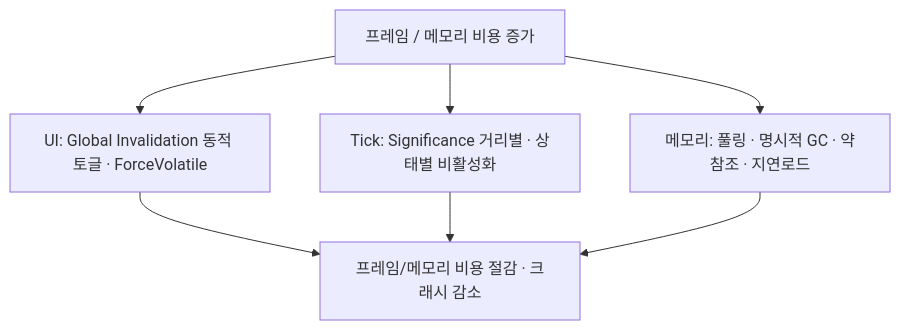
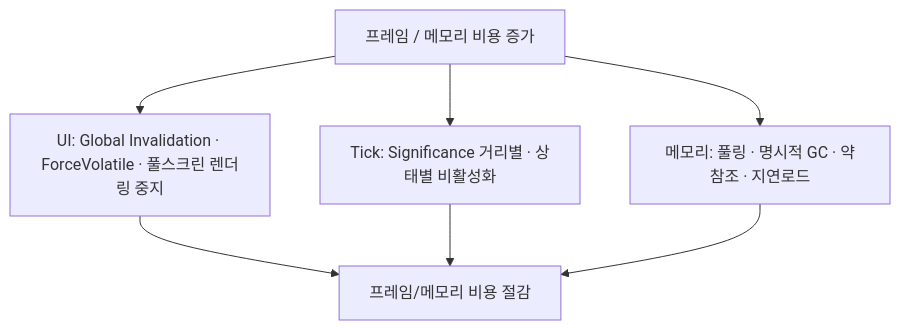
One commit to LimHyun-ji/LimHyun-ji.github.io changed the diagram in content/projects/optimization.md. Above: the diagram before and after it, drawn with Mermaid. The commit also changed other lines of this file and 8 other files, not shown here.

```diff
--- a/content/projects/optimization.md
+++ b/content/projects/optimization.md
@@ -159,9 +158,9 @@
 <div class="mermaid">
 flowchart TD
-  COST["프레임 / 메모리 비용 증가"] --> UI["UI: Global Invalidation 동적 토글 · ForceVolatile"]
+  COST["프레임 / 메모리 비용 증가"] --> UI["UI: Global Invalidation · ForceVolatile · 풀스크린 렌더링 중지"]
   COST --> TICK["Tick: Significance 거리별 · 상태별 비활성화"]
   COST --> MEM["메모리: 풀링 · 명시적 GC · 약참조 · 지연로드"]
-  UI --> RES["프레임/메모리 비용 절감 · 크래시 감소"]
+  UI --> RES["프레임/메모리 비용 절감"]
   TICK --> RES
   MEM --> RES
 </div>
```
